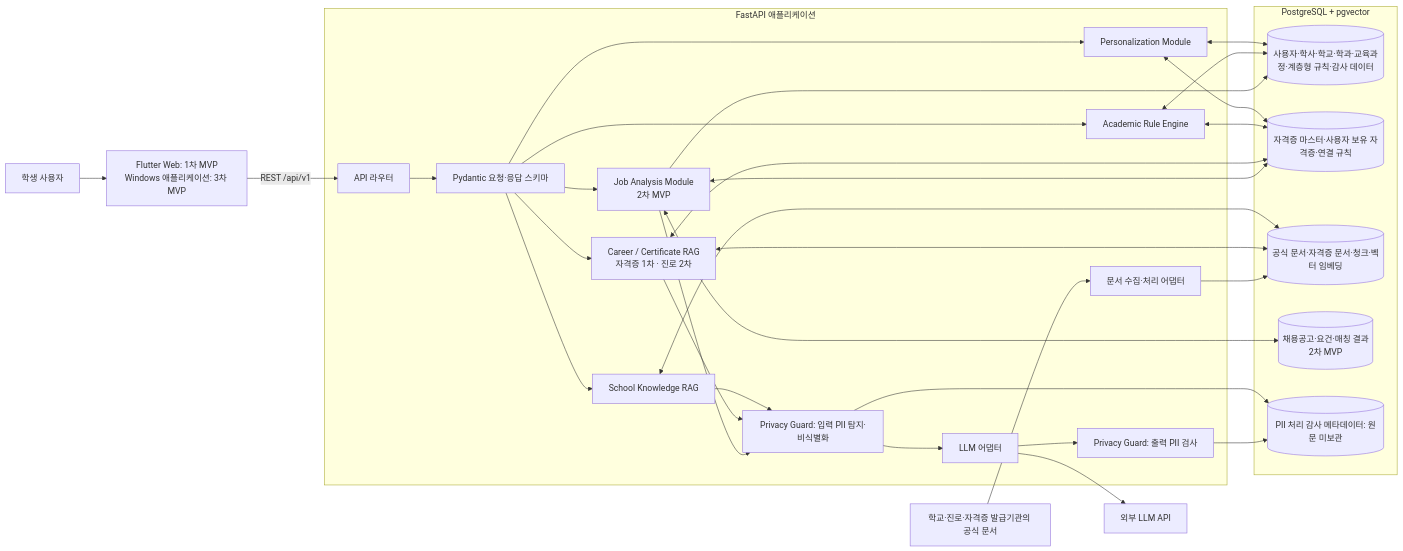
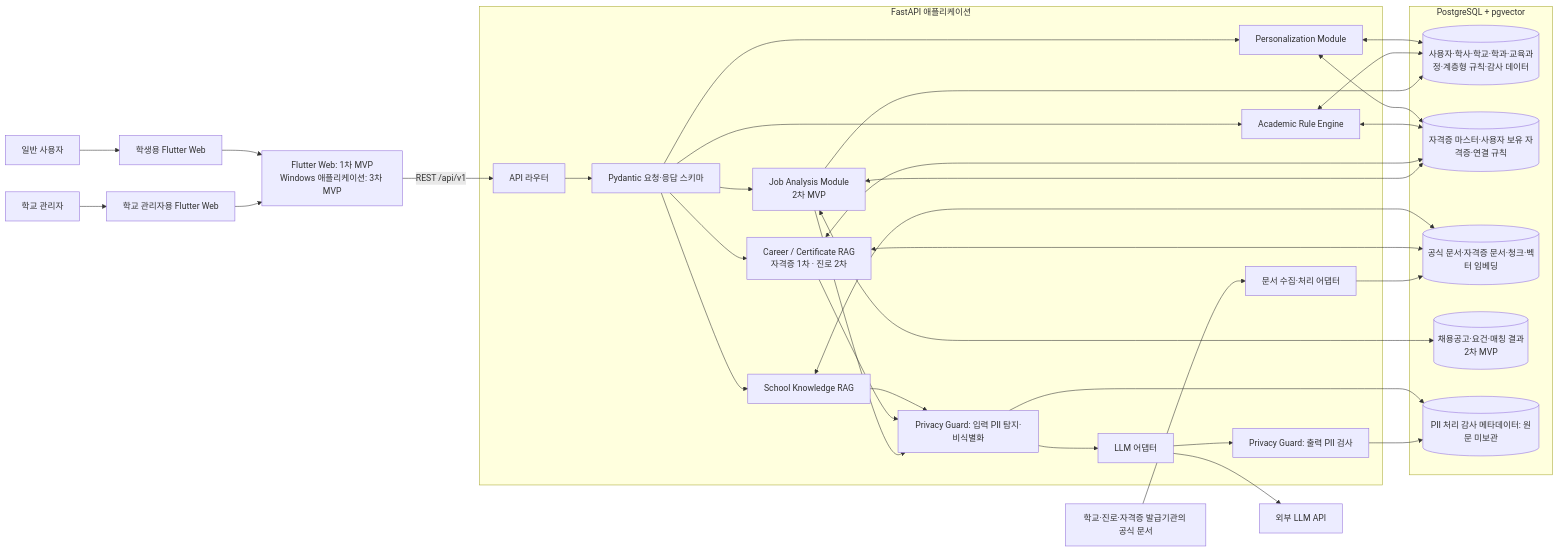
Before and after one commit to product04231125/UNIPATH: the first of 4 diagrams in docs/architecture-erd.md, drawn with Mermaid. The commit also changed other lines of this file and 2 other files, not shown here.

Commit message:
docs: add school administrator operating model

````diff
--- a/docs/architecture-erd.md
+++ b/docs/architecture-erd.md
@@ -10,56 +10,59 @@
 ```mermaid
 flowchart LR
-    Student[학생 사용자] --> Flutter[Flutter Web: 1차 MVP<br/>Windows 애플리케이션: 3차 MVP]
+    Student[일반 사용자] --> StudentUi[학생용 Flutter Web]
+    SchoolAdmin[학교 관리자] --> AdminUi[학교 관리자용 Flutter Web]
+    StudentUi --> Flutter[Flutter Web: 1차 MVP<br/>Windows 애플리케이션: 3차 MVP]
+    AdminUi --> Flutter
     Flutter -->|REST /api/v1| API
 
     subgraph App[FastAPI 애플리케이션]
         API[API 라우터]
         Schemas[Pydantic 요청·응답 스키마]
         Personalization[Personalization Module]
         Rules[Academic Rule Engine]
         SchoolRag[School Knowledge RAG]
         CareerRag[Career / Certificate RAG<br/>자격증 1차 · 진로 2차]
         JobAnalysis[Job Analysis Module<br/>2차 MVP]
         Ingestion[문서 수집·처리 어댑터]
         PiiInputGuard[Privacy Guard: 입력 PII 탐지·비식별화]
         LlmAdapter[LLM 어댑터]
         PiiOutputGuard[Privacy Guard: 출력 PII 검사]
 
         API --> Schemas
         Schemas --> Personalization
         Schemas --> Rules
         Schemas --> SchoolRag
         Schemas --> CareerRag
         Schemas --> JobAnalysis
         SchoolRag --> PiiInputGuard
         CareerRag --> PiiInputGuard
         JobAnalysis --> PiiInputGuard
         PiiInputGuard --> LlmAdapter
         LlmAdapter --> PiiOutputGuard
     end
 
     subgraph Data[PostgreSQL + pgvector]
         Operational[(사용자·학사·학교·학과·교육과정·계층형 규칙·감사 데이터)]
         CertificateData[(자격증 마스터·사용자 보유 자격증·연결 규칙)]
         Knowledge[(공식 문서·자격증 문서·청크·벡터 임베딩)]
         Jobs[(채용공고·요건·매칭 결과<br/>2차 MVP)]
         PiiAudit[(PII 처리 감사 메타데이터: 원문 미보관)]
     end
 
     Personalization <--> Operational
     Personalization <--> CertificateData
     Rules <--> Operational
     Rules <--> CertificateData
     SchoolRag <--> Knowledge
     CareerRag <--> Knowledge
     CareerRag <--> CertificateData
     JobAnalysis <--> Jobs
     JobAnalysis --> Operational
     JobAnalysis <--> CertificateData
     Ingestion --> Knowledge
     PiiInputGuard --> PiiAudit
     PiiOutputGuard --> PiiAudit
 
     OfficialSources[학교·진로·자격증 발급기관의 공식 문서] --> Ingestion
     LlmAdapter --> ExternalLlm[외부 LLM API]
 ```
````
